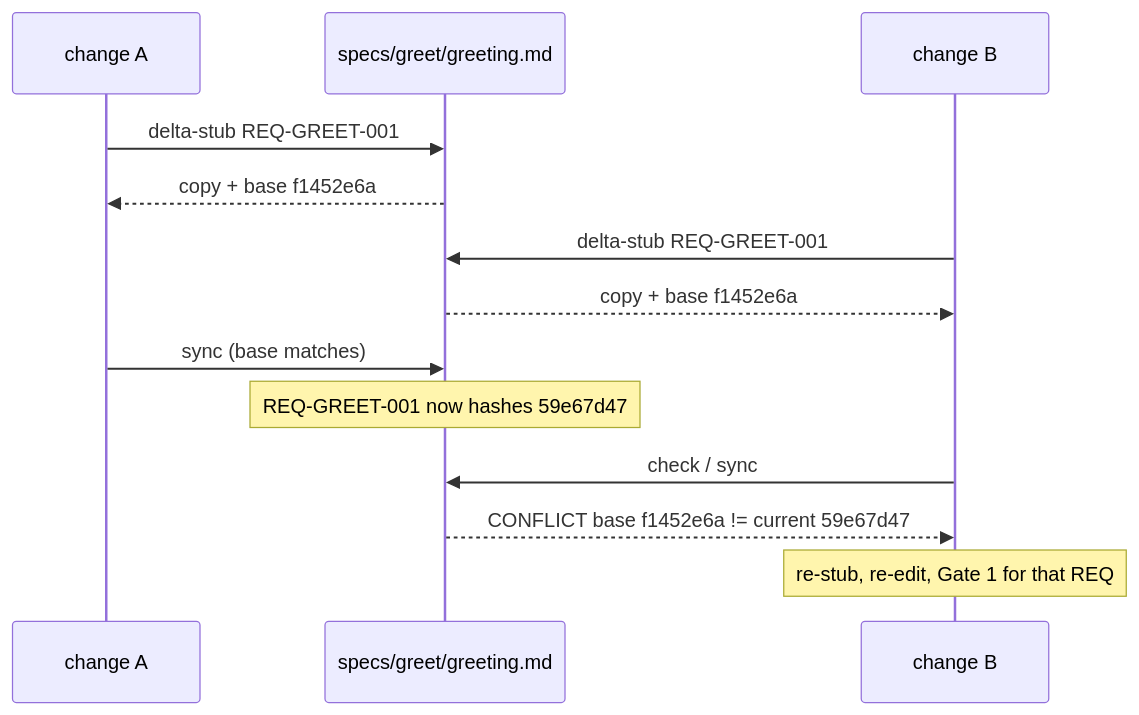
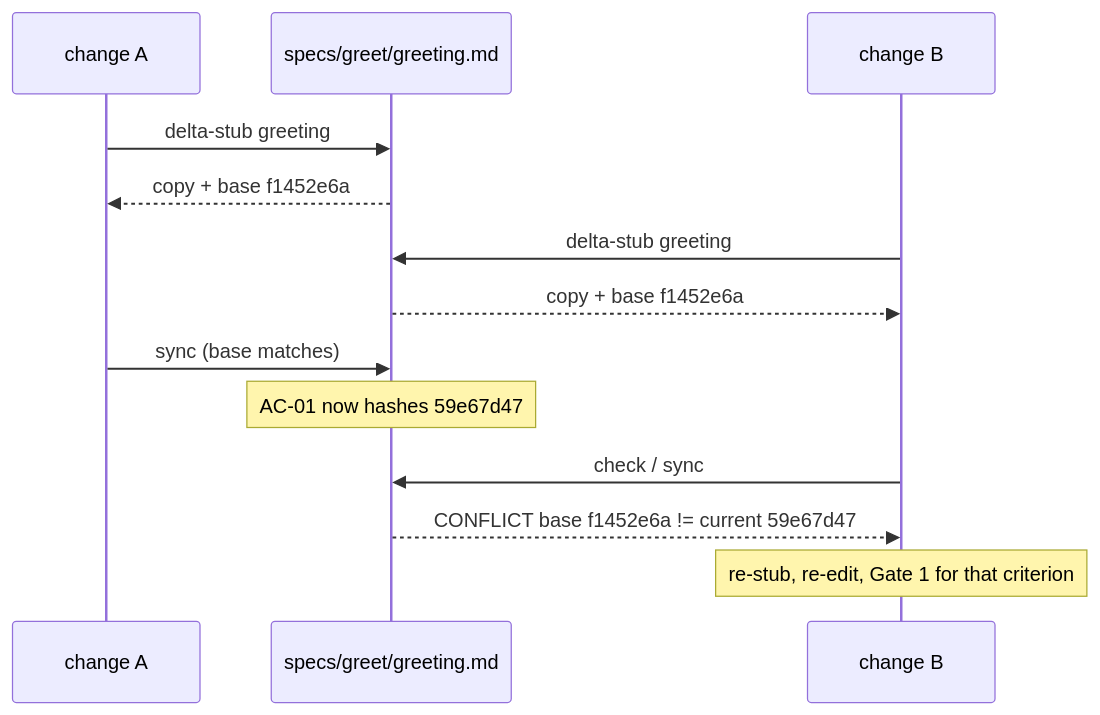
The diagram in plugins/meta/sdd/docs/explanation/determinism.md (gpr/claude-plugins), drawn with Mermaid before and after one commit. The commit also changed other lines of this file and 52 other files, not shown here.

````diff
--- a/plugins/meta/sdd/docs/explanation/determinism.md
+++ b/plugins/meta/sdd/docs/explanation/determinism.md
@@ -31,15 +31,15 @@
 ```mermaid
 sequenceDiagram
     participant A as change A
     participant S as specs/greet/greeting.md
     participant B as change B
-    A->>S: delta-stub REQ-GREET-001
+    A->>S: delta-stub greeting#AC-01
     S-->>A: copy + base f1452e6a
-    B->>S: delta-stub REQ-GREET-001
+    B->>S: delta-stub greeting#AC-01
     S-->>B: copy + base f1452e6a
     A->>S: sync (base matches)
-    Note over S: REQ-GREET-001 now hashes 59e67d47
+    Note over S: AC-01 now hashes 59e67d47
     B->>S: check / sync
     S-->>B: CONFLICT base f1452e6a != current 59e67d47
-    Note over B: re-stub, re-edit, Gate 1 for that REQ
+    Note over B: re-stub, re-edit, Gate 1 for that criterion
 ```
````
